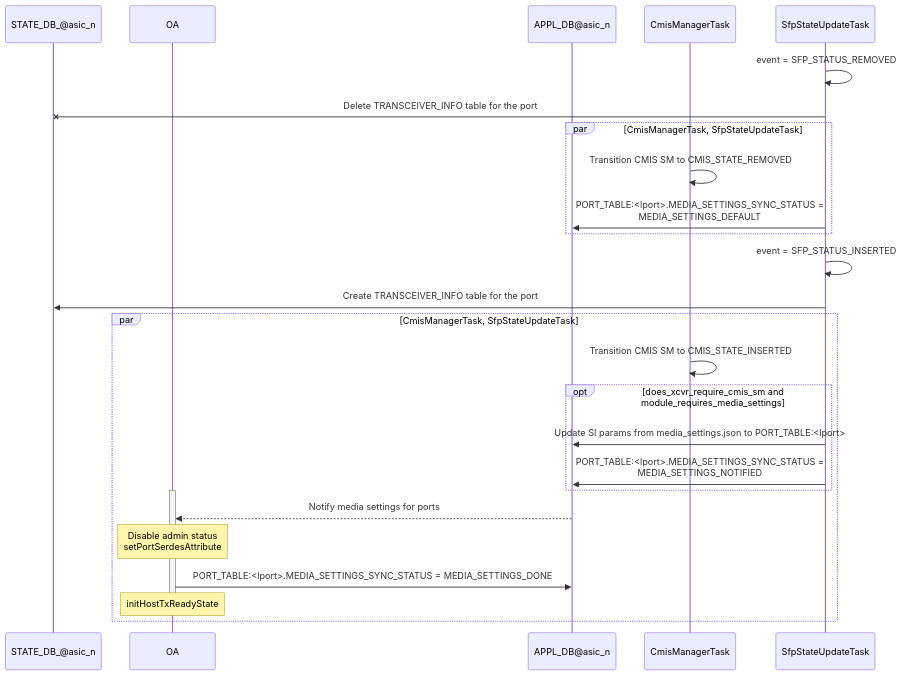
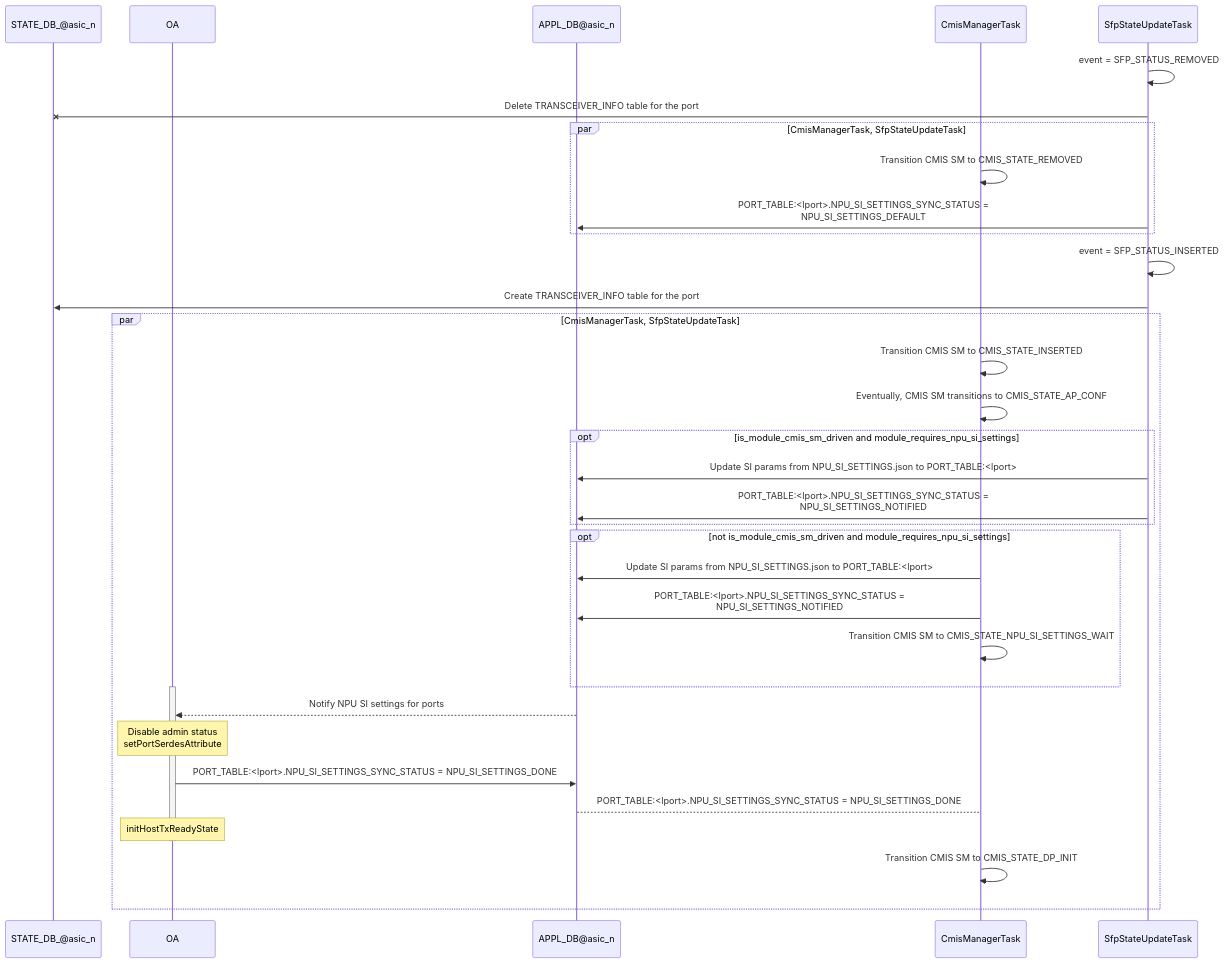
The fourth of 5 diagrams in doc/sfp-cmis/Interface-Link-bring-up-sequence.md (sonic-net/SONiC), drawn with Mermaid before and after one commit. The commit also changed other lines of this file, not shown here.

Commit message:
Modified media settings to NPU SI settings for clearly differentiating module v/s NPU SI settings in future

````diff
--- a/doc/sfp-cmis/Interface-Link-bring-up-sequence.md
+++ b/doc/sfp-cmis/Interface-Link-bring-up-sequence.md
@@ -351,31 +351,39 @@
 ```mermaid
 sequenceDiagram
     participant STATE_DB as STATE_DB_@asic_n
     participant OA
     participant APPL_DB as APPL_DB@asic_n
     participant CmisManagerTask
     participant SfpStateUpdateTask
 
     SfpStateUpdateTask ->> SfpStateUpdateTask : event = SFP_STATUS_REMOVED
     SfpStateUpdateTask -x STATE_DB : Delete TRANSCEIVER_INFO table for the port
     par         CmisManagerTask, SfpStateUpdateTask
         CmisManagerTask ->> CmisManagerTask : Transition CMIS SM to CMIS_STATE_REMOVED
-        SfpStateUpdateTask ->> APPL_DB : PORT_TABLE:<lport>.MEDIA_SETTINGS_SYNC_STATUS = <br> MEDIA_SETTINGS_DEFAULT
+        SfpStateUpdateTask ->> APPL_DB : PORT_TABLE:<lport>.NPU_SI_SETTINGS_SYNC_STATUS = <br> NPU_SI_SETTINGS_DEFAULT
     end
 
     SfpStateUpdateTask ->> SfpStateUpdateTask : event = SFP_STATUS_INSERTED
     SfpStateUpdateTask ->> STATE_DB : Create TRANSCEIVER_INFO table for the port
     par CmisManagerTask, SfpStateUpdateTask
         CmisManagerTask ->> CmisManagerTask : Transition CMIS SM to CMIS_STATE_INSERTED
-        opt does_xcvr_require_cmis_sm and module_requires_media_settings
-          SfpStateUpdateTask ->> APPL_DB: Update SI params from media_settings.json to PORT_TABLE:<lport>
-          SfpStateUpdateTask ->> APPL_DB: PORT_TABLE:<lport>.MEDIA_SETTINGS_SYNC_STATUS = <br> MEDIA_SETTINGS_NOTIFIED
+        CmisManagerTask ->> CmisManagerTask : Eventually, CMIS SM transitions to CMIS_STATE_AP_CONF
+        opt is_module_cmis_sm_driven and module_requires_npu_si_settings
+          SfpStateUpdateTask ->> APPL_DB: Update SI params from NPU_SI_SETTINGS.json to PORT_TABLE:<lport>
+          SfpStateUpdateTask ->> APPL_DB: PORT_TABLE:<lport>.NPU_SI_SETTINGS_SYNC_STATUS = <br> NPU_SI_SETTINGS_NOTIFIED
+        end
+        opt not is_module_cmis_sm_driven and module_requires_npu_si_settings
+          CmisManagerTask ->> APPL_DB: Update SI params from NPU_SI_SETTINGS.json to PORT_TABLE:<lport>
+          CmisManagerTask ->> APPL_DB: PORT_TABLE:<lport>.NPU_SI_SETTINGS_SYNC_STATUS = <br> NPU_SI_SETTINGS_NOTIFIED
+          CmisManagerTask ->> CmisManagerTask : Transition CMIS SM to CMIS_STATE_NPU_SI_SETTINGS_WAIT
         end
         activate OA
-        APPL_DB -->> OA: Notify media settings for ports
+        APPL_DB -->> OA: Notify NPU SI settings for ports
         Note over OA: Disable admin status<br>setPortSerdesAttribute
-        OA ->> APPL_DB: PORT_TABLE:<lport>.MEDIA_SETTINGS_SYNC_STATUS = MEDIA_SETTINGS_DONE
+        OA ->> APPL_DB: PORT_TABLE:<lport>.NPU_SI_SETTINGS_SYNC_STATUS = NPU_SI_SETTINGS_DONE
+        APPL_DB --> CmisManagerTask: PORT_TABLE:<lport>.NPU_SI_SETTINGS_SYNC_STATUS = NPU_SI_SETTINGS_DONE
         Note over OA: initHostTxReadyState
         deactivate OA
+        CmisManagerTask ->> CmisManagerTask : Transition CMIS SM to CMIS_STATE_DP_INIT
     end
 ```
````
